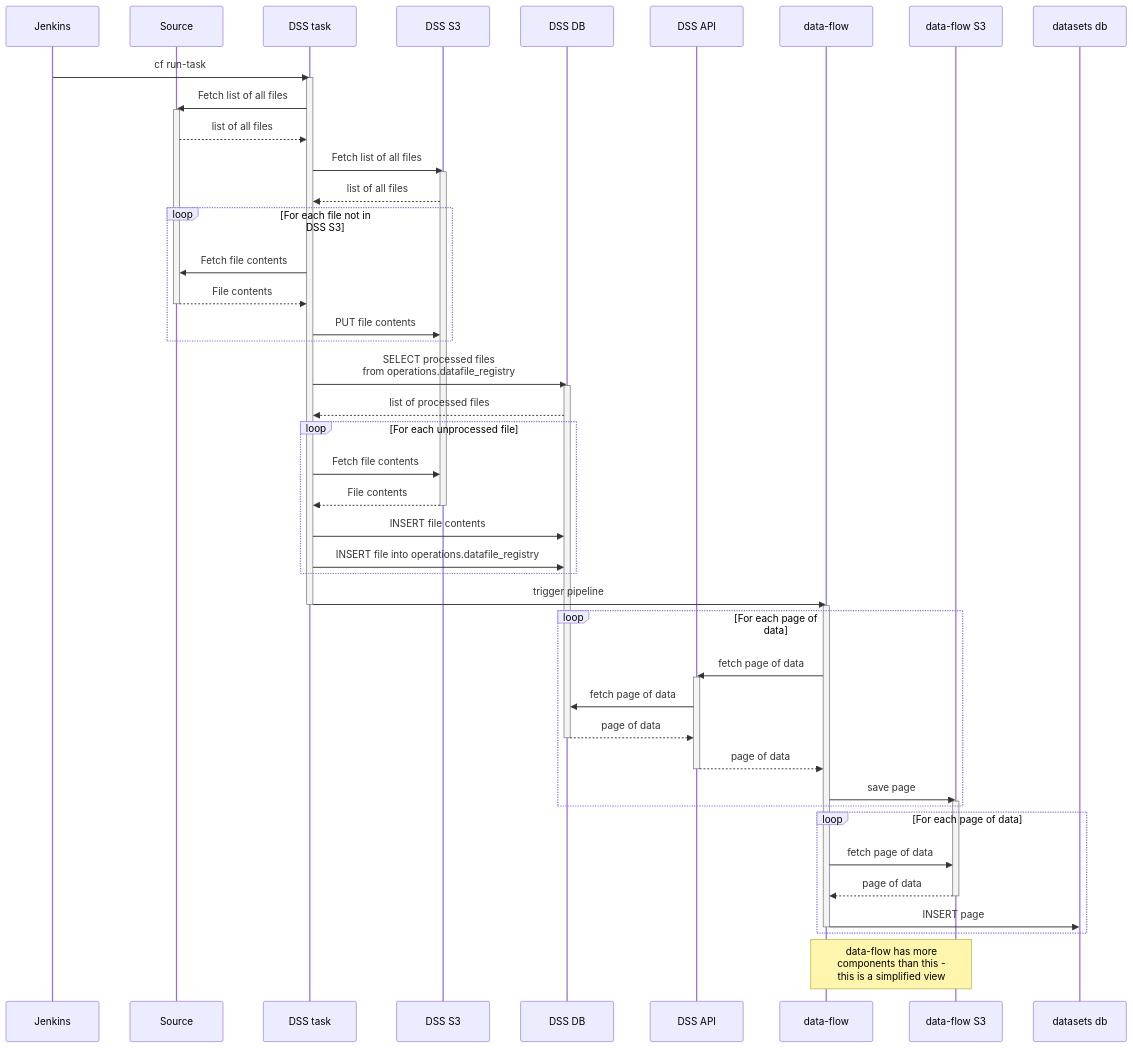
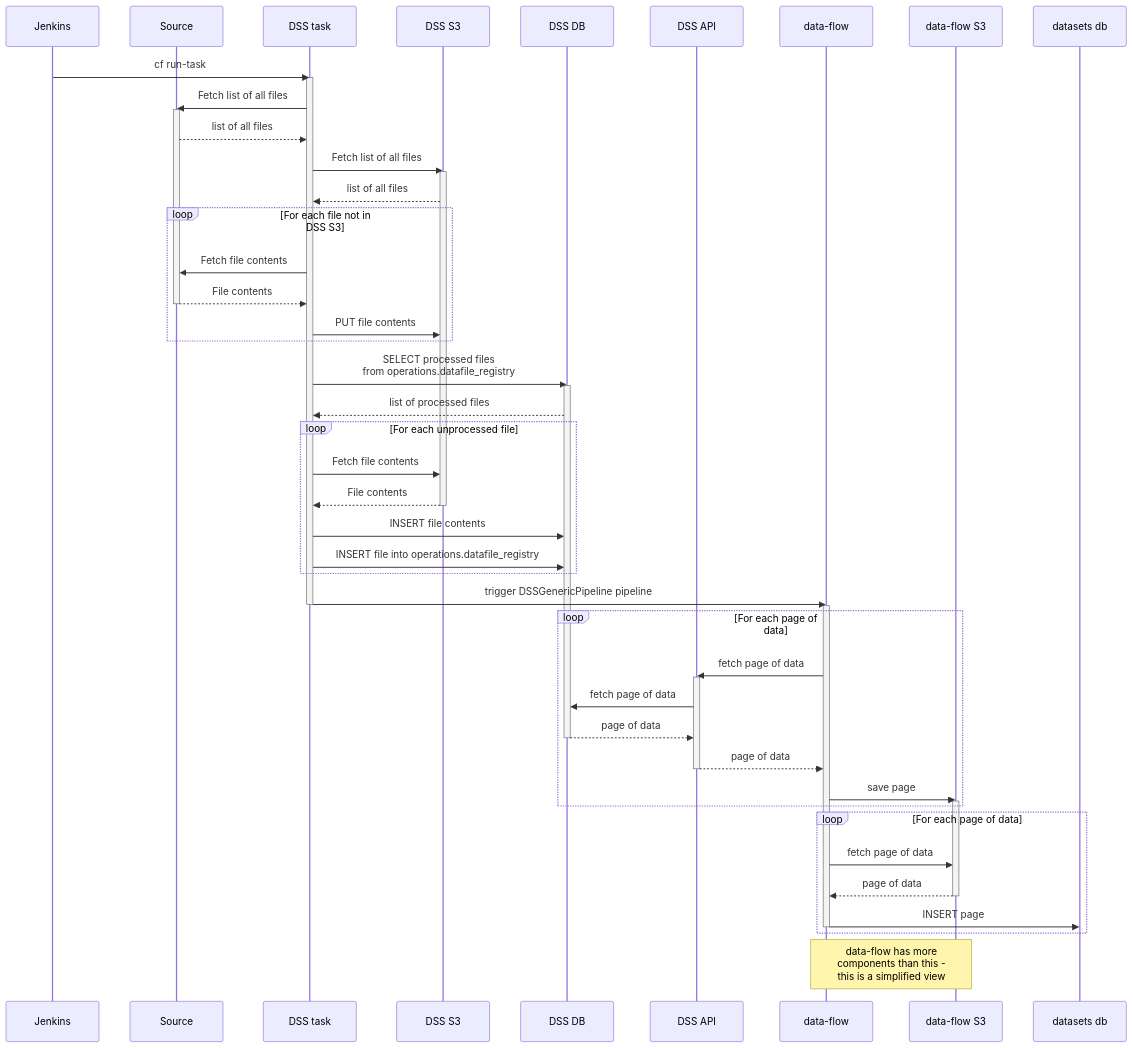
One commit to uktrade/data-store-service changed the diagram in README.md. Above: the diagram before and after it, drawn with Mermaid.

Commit message:
docs: include the pipeline name to be specific

````diff
--- a/README.md
+++ b/README.md
@@ -18,63 +18,63 @@
 ```mermaid
 sequenceDiagram
     participant Jenkins
     participant Source
     participant DSS task
     participant DSS S3
     participant DSS DB
     participant DSS API
 
     Jenkins ->> DSS task: cf run-task
     activate DSS task
 
     DSS task ->> Source: Fetch list of all files
     activate Source
     Source -->> DSS task: list of all files
     DSS task ->> DSS S3: Fetch list of all files
     activate DSS S3
     DSS S3 -->> DSS task: list of all files
     loop For each file not in DSS S3
       DSS task ->> Source: Fetch file contents
       Source -->> DSS task: File contents
       deactivate Source
       DSS task ->> DSS S3: PUT file contents
     end
 
     DSS task ->> DSS DB: SELECT processed files <br>from operations.datafile_registry
     activate DSS DB
     DSS DB -->> DSS task: list of processed files
 
     loop For each unprocessed file
       DSS task ->> DSS S3: Fetch file contents
       DSS S3 -->> DSS task: File contents
       deactivate DSS S3
       DSS task ->> DSS DB: INSERT file contents
       DSS task ->> DSS DB: INSERT file into operations.datafile_registry
     end
 
-    DSS task ->> data-flow: trigger pipeline
+    DSS task ->> data-flow: trigger DSSGenericPipeline pipeline
     deactivate DSS task
     activate data-flow
 
     loop For each page of data
        data-flow ->> DSS API: fetch page of data
        activate DSS API
        DSS API ->> DSS DB: fetch page of data
        DSS DB -->> DSS API: page of data
        deactivate DSS DB
        DSS API -->> data-flow: page of data
        deactivate DSS API
        data-flow ->> data-flow S3: save page
        activate data-flow S3
     end
 
     loop For each page of data
        data-flow ->> data-flow S3: fetch page of data
        data-flow S3 -->> data-flow: page of data
        deactivate data-flow S3
        data-flow ->> datasets db: INSERT page
        deactivate data-flow
     end
 
     Note over data-flow, data-flow S3: data-flow has more<br>components than this - <br>this is a simplified view
 ```
````
